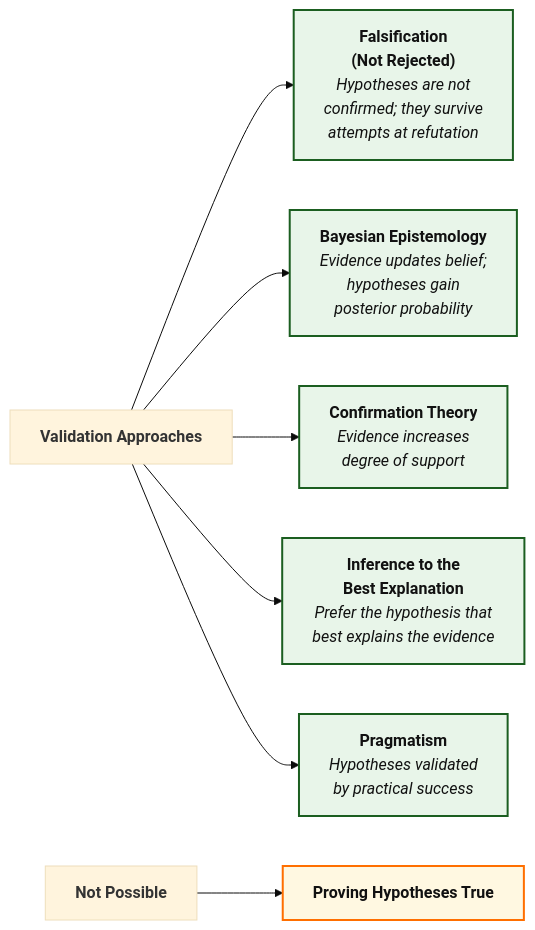
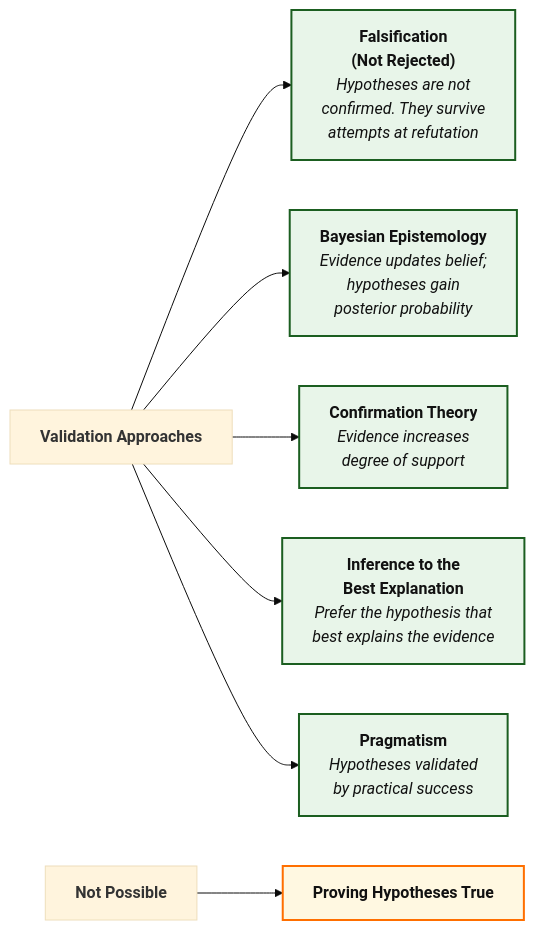
Before and after one commit to Tellusant/docs: the diagram in articles-posts/hypothesis-validation.md, drawn with Mermaid (base theme). The commit also changed other lines of this file, not shown here.

```diff
--- a/articles-posts/hypothesis-validation.md
+++ b/articles-posts/hypothesis-validation.md
@@ -12,31 +12,31 @@
 <div class="mermaid">
 
 flowchart LR
 
     V["`**Validation Approaches**`"]:::none
 
-    F["`**Falsification<br/>(Not Rejected)**<br/>*Hypotheses are not<br/>confirmed; they survive<br/>attempts at refutation*`"]:::strong
+    F["`**Falsification<br/>(Not Rejected)**<br/>*Hypotheses are not<br/>confirmed. They survive<br/>attempts at refutation*`"]:::strong
     B["`**Bayesian Epistemology**<br/>*Evidence updates belief;<br/>hypotheses gain<br/>posterior probability*`"]:::strong
     C["`**Confirmation Theory**<br/>*Evidence increases<br/>degree of support*`"]:::strong
     I["`**Inference to the<br/>Best Explanation**<br/>*Prefer the hypothesis that<br/>best explains the evidence*`"]:::strong
     R["`**Pragmatism**<br/>*Hypotheses validated<br/>by practical success*`"]:::strong
 
     NV["`**Not Possible**`"]:::none
     CO["`**Proving Hypotheses True**`"]:::mixed
 
     V --> F
     V --> B
     V --> C
     V --> I
     V --> R
     NV--> CO
 
     %% ========= STYLES ========= Labels are from another graph
 classDef strong  fill:#E8F5E9,stroke:#1B5E20,stroke-width:2px,color:#111;
 classDef neutral fill:#E3F2FD,stroke:#0D47A1,stroke-width:2px,color:#111;
 classDef mixed   fill:#FFF8E1,stroke:#FF6F00,stroke-width:2px,color:#111;
 classDef risk    fill:#FDECEA,stroke:#B71C1C,stroke-width:2px,color:#111;
 classDef summary fill:#F5F5F5,stroke:#424242,stroke-width:2px,color:#111;
 classDef anchor fill:transparent,stroke:transparent;
 
 </div>
```
